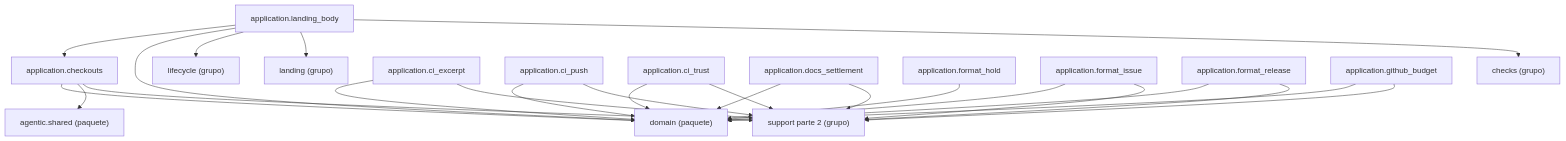
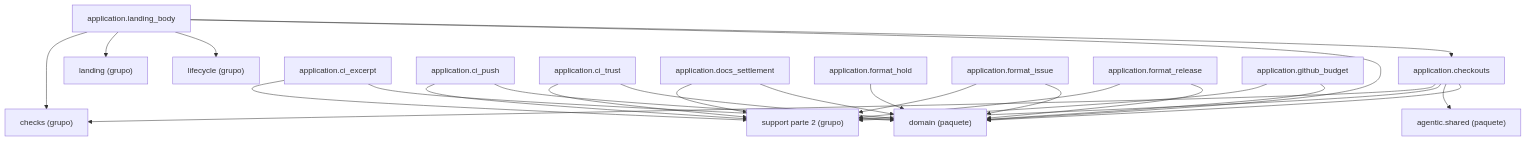
One commit to GonzaloZevallos/agentic-system changed the diagram in docs/architecture/generated/packages-process-application-support-1.md. Above: the diagram before and after it, drawn with Mermaid. The commit also changed other lines of this file and 18 other files, not shown here.

Commit message:
Place stacked_start in the checks cluster and regenerate the architecture docs

````diff
--- a/docs/architecture/generated/packages-process-application-support-1.md
+++ b/docs/architecture/generated/packages-process-application-support-1.md
@@ -17,42 +18,43 @@
 ```mermaid
 graph TD
     g_application__checks["checks (grupo)"]
     g_application__landing["landing (grupo)"]
     g_application__lifecycle["lifecycle (grupo)"]
     g_application__support__2["support parte 2 (grupo)"]
     g_pkg__agentic__shared["agentic.shared (paquete)"]
     g_pkg__domain["domain (paquete)"]
     m_application__checkouts["application.checkouts"]
     m_application__ci_excerpt["application.ci_excerpt"]
     m_application__ci_push["application.ci_push"]
     m_application__ci_trust["application.ci_trust"]
     m_application__docs_settlement["application.docs_settlement"]
     m_application__format_hold["application.format_hold"]
     m_application__format_issue["application.format_issue"]
     m_application__format_release["application.format_release"]
     m_application__github_budget["application.github_budget"]
     m_application__landing_body["application.landing_body"]
+    m_application__checkouts --> g_application__checks
     m_application__checkouts --> g_application__support__2
     m_application__checkouts --> g_pkg__agentic__shared
     m_application__checkouts --> g_pkg__domain
     m_application__ci_excerpt --> g_application__support__2
     m_application__ci_excerpt --> g_pkg__domain
     m_application__ci_push --> g_application__support__2
     m_application__ci_push --> g_pkg__domain
     m_application__ci_trust --> g_application__support__2
     m_application__ci_trust --> g_pkg__domain
     m_application__docs_settlement --> g_application__support__2
     m_application__docs_settlement --> g_pkg__domain
     m_application__format_hold --> g_pkg__domain
     m_application__format_issue --> g_application__support__2
     m_application__format_issue --> g_pkg__domain
     m_application__format_release --> g_application__support__2
     m_application__format_release --> g_pkg__domain
     m_application__github_budget --> g_application__support__2
     m_application__github_budget --> g_pkg__domain
     m_application__landing_body --> g_application__checks
     m_application__landing_body --> g_application__landing
     m_application__landing_body --> g_application__lifecycle
     m_application__landing_body --> g_pkg__domain
     m_application__landing_body --> m_application__checkouts
 ```
````
